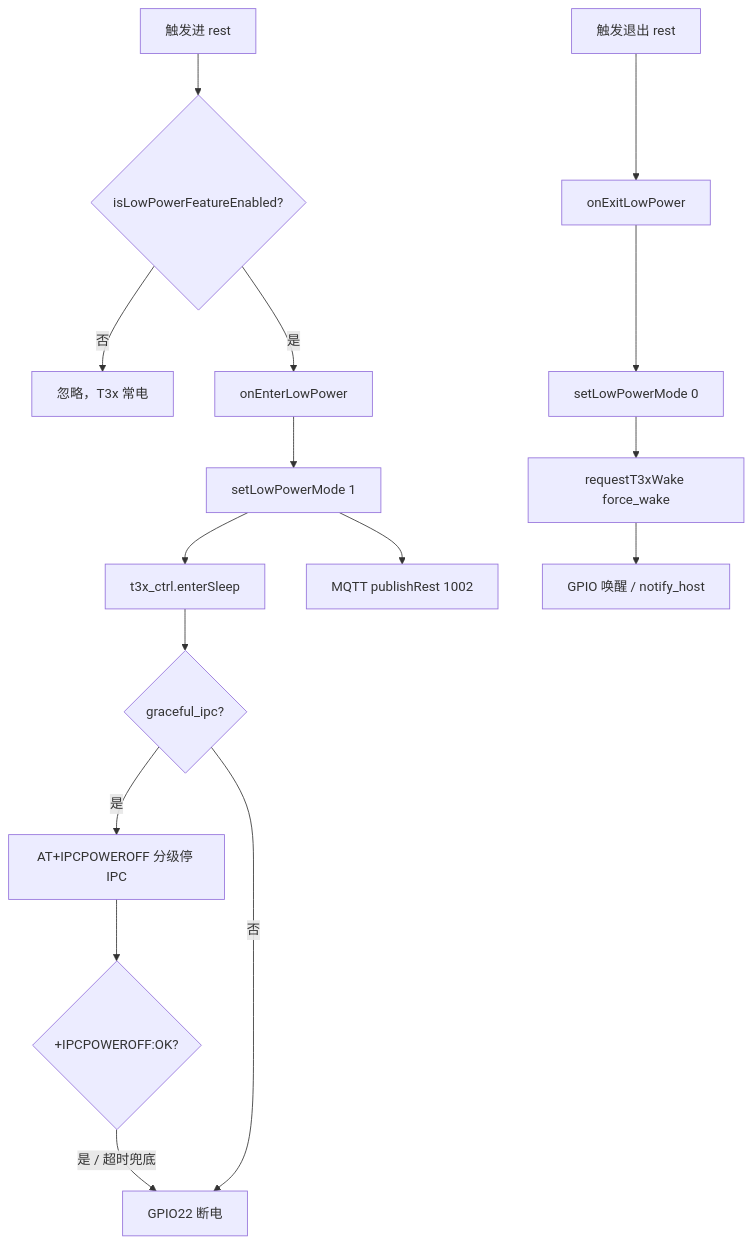
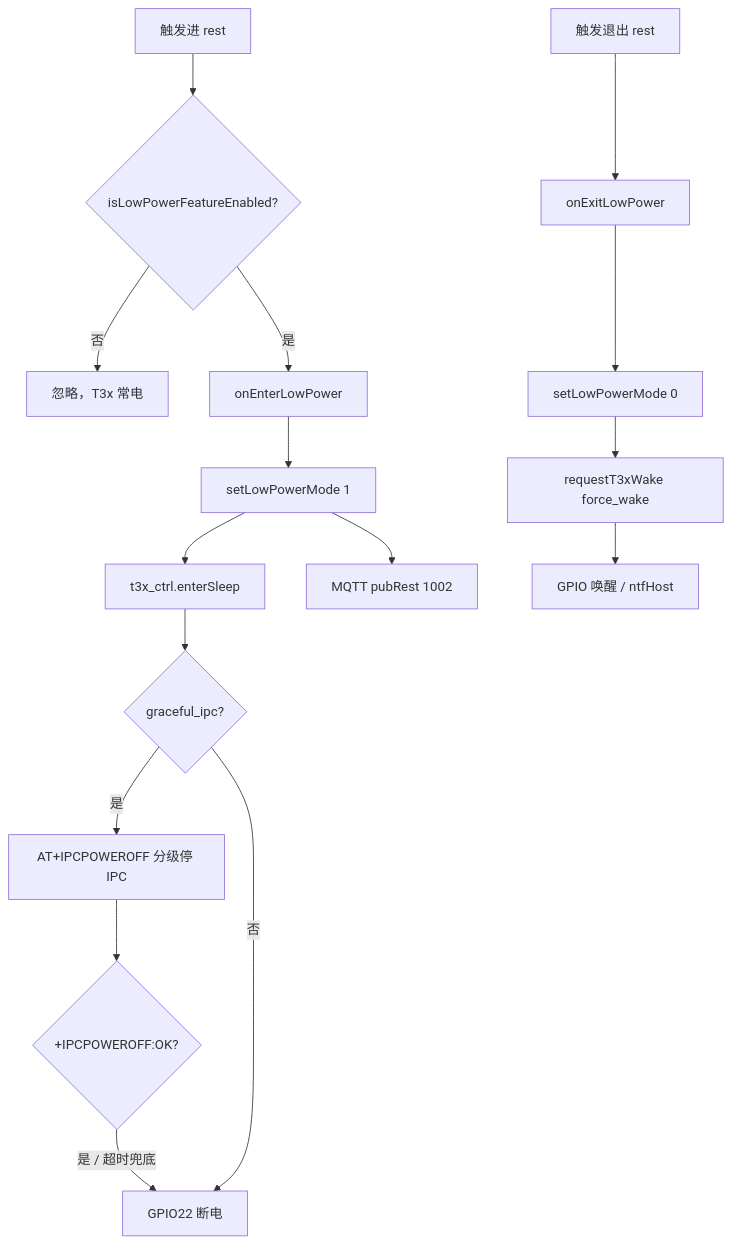
The second of 3 diagrams in doc/T3X_LOW_POWER.md (dzr1986/AIR780EHM), drawn with Mermaid before and after one commit. The commit also changed other lines of this file and 84 other files, not shown here.

````diff
--- a/doc/T3X_LOW_POWER.md
+++ b/doc/T3X_LOW_POWER.md
@@ -134,19 +134,19 @@
 ```mermaid
 flowchart TD
     A[触发进 rest] --> B{isLowPowerFeatureEnabled?}
     B -->|否| Z[忽略，T3x 常电]
     B -->|是| C[onEnterLowPower]
     C --> D[setLowPowerMode 1]
     D --> E[t3x_ctrl.enterSleep]
     E --> F{graceful_ipc?}
     F -->|是| G[AT+IPCPOWEROFF 分级停 IPC]
     G --> G1{+IPCPOWEROFF:OK?}
     G1 -->|是 / 超时兜底| H[GPIO22 断电]
     F -->|否| H
-    D --> I[MQTT publishRest 1002]
+    D --> I[MQTT pubRest 1002]
 
     J[触发退出 rest] --> K[onExitLowPower]
     K --> L[setLowPowerMode 0]
     L --> M[requestT3xWake force_wake]
-    M --> N[GPIO 唤醒 / notify_host]
+    M --> N[GPIO 唤醒 / ntfHost]
 ```
````
